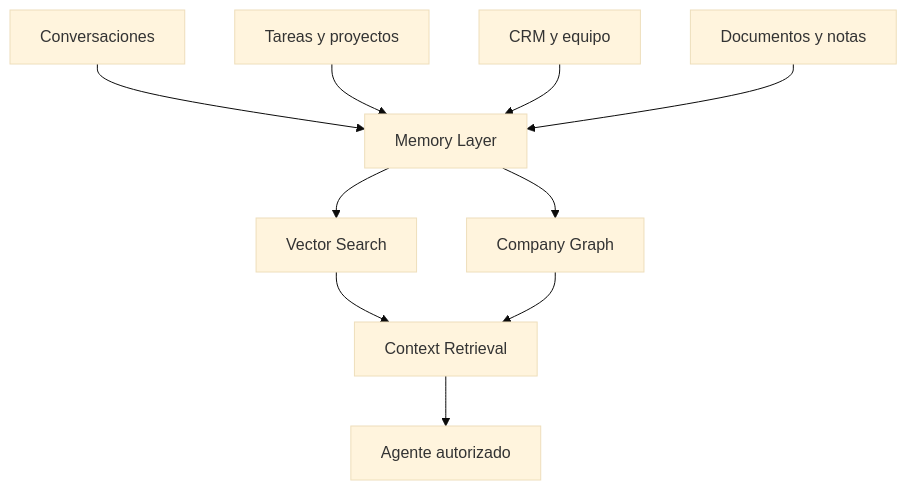
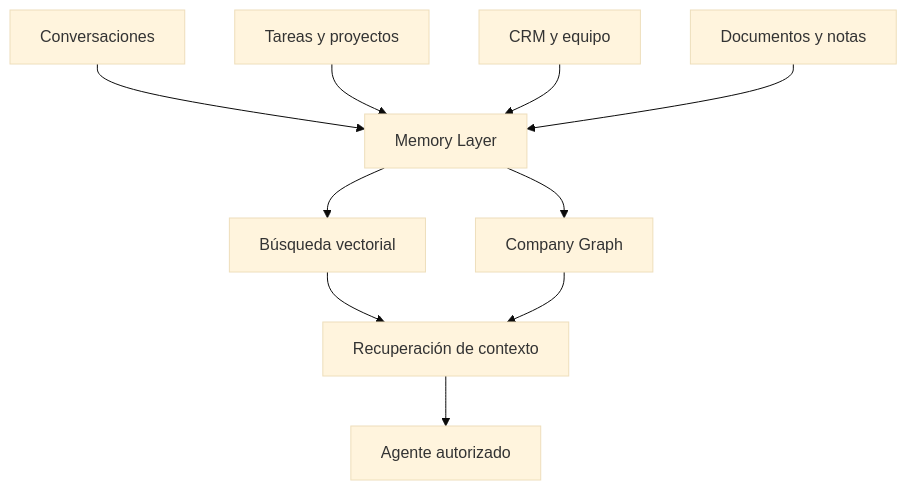
The seventh of 10 diagrams in docs/guia-conceptual-meridian.md (christiandejesus320-droid/Sandbox), drawn with Mermaid (base theme) before and after one commit. The commit also changed other lines of this file, not shown here.

````diff
--- a/docs/guia-conceptual-meridian.md
+++ b/docs/guia-conceptual-meridian.md
@@ -211,12 +211,12 @@
 ```mermaid
 flowchart TD
     A["Conversaciones"] --> M["Memory Layer"]
     B["Tareas y proyectos"] --> M
     C["CRM y equipo"] --> M
     D["Documentos y notas"] --> M
-    M --> V["Vector Search"]
+    M --> V["Búsqueda vectorial"]
     M --> G["Company Graph"]
-    V --> R["Context Retrieval"]
+    V --> R["Recuperación de contexto"]
     G --> R
     R --> AG["Agente autorizado"]
 ```
````
